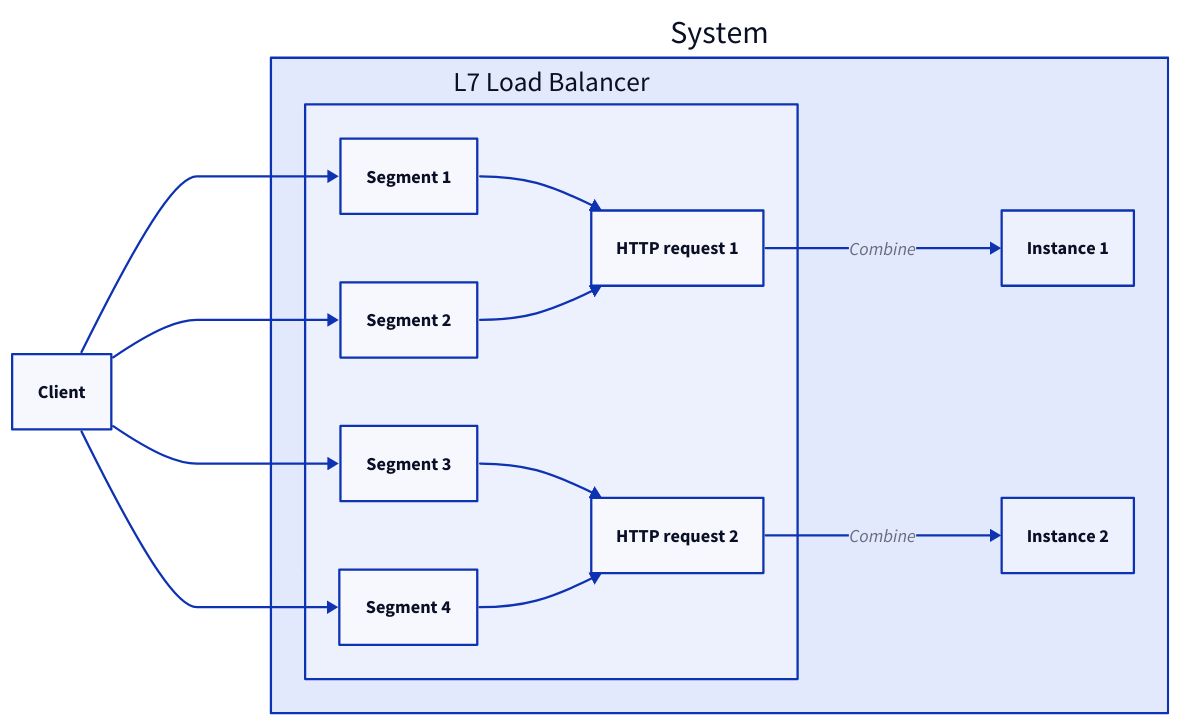
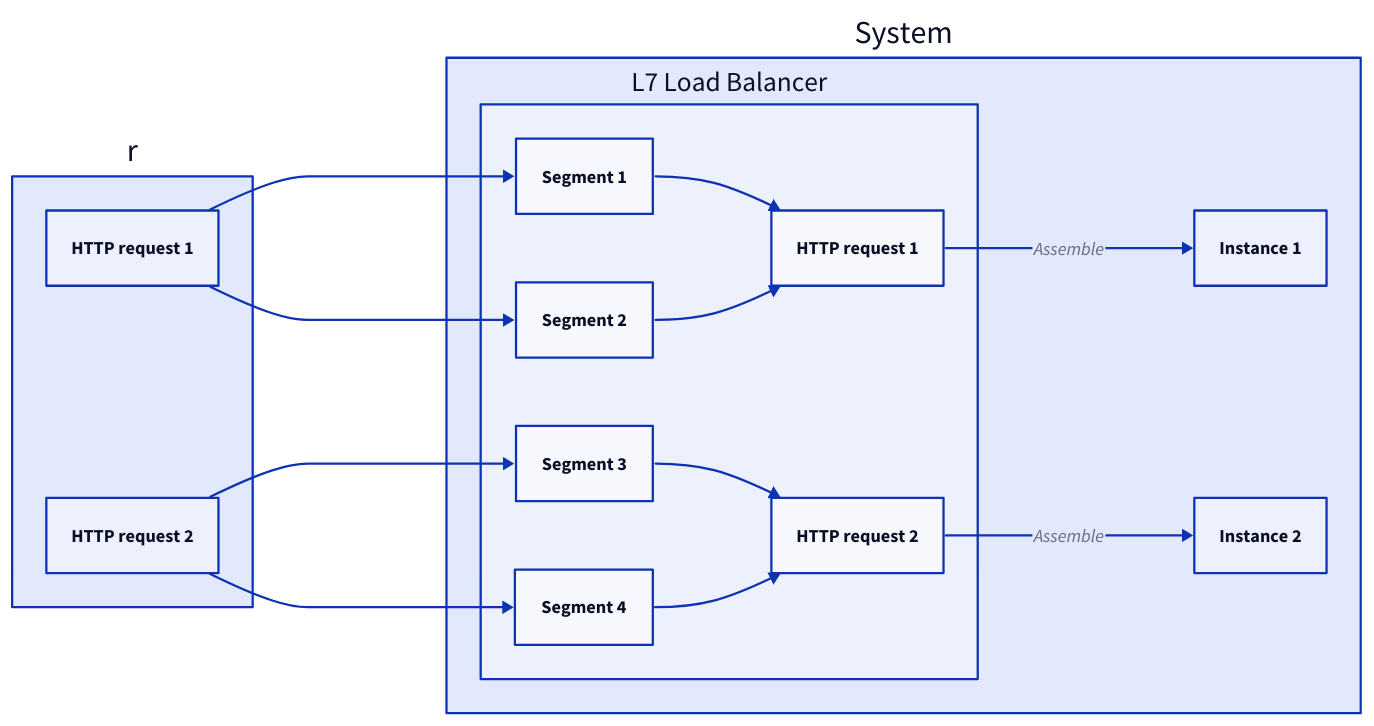
One commit to link1905/system-design-101 changed diagram 18 of 20 in content/docs/web-service/load-balancer.md. Above: the diagram before and after it, drawn with D2. The commit also changed other lines of this file and 31 other files, not shown here.

````diff
--- a/content/docs/web-service/load-balancer.md
+++ b/content/docs/web-service/load-balancer.md
@@ -628,36 +630,34 @@
 ```d2
 direction: right
+r {
+  class: none
+  h1: HTTP request 1
+  h2: HTTP request 2
+}
 s: System {
     lb: L7 Load Balancer {
         s1: Segment 1
         s2: Segment 2
         s3: Segment 3
         s4: Segment 4
         h1: HTTP request 1
         h2: HTTP request 2
         s1 -> h1
         s2 -> h1
         s3 -> h2
         s4 -> h2
     }
     s1: Instance 1 {
        class: server
     }
     s2: Instance 2 {
        class: server
     }
-    lb.h1 -> s1: Combine {
-      class: bold-text
-    }
-    lb.h2 -> s2: Combine {
-      class: bold-text
-    }
+    lb.h1 -> s1: Assemble
+    lb.h2 -> s2: Assemble
 }
-c: Client {
-  class: client
-}
-c -> s.lb.s1
-c -> s.lb.s2
-c -> s.lb.s3
-c -> s.lb.s4
+r.h1 -> s.lb.s1
+r.h1 -> s.lb.s2
+r.h2 -> s.lb.s3
+r.h2 -> s.lb.s4
 ```
````
